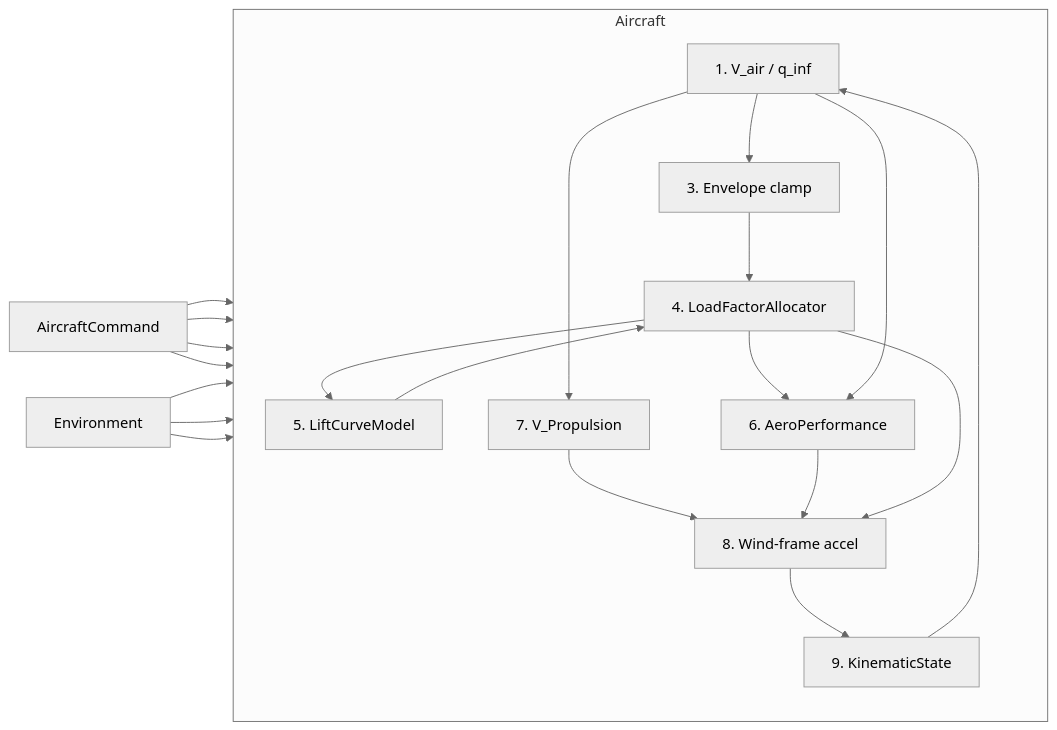
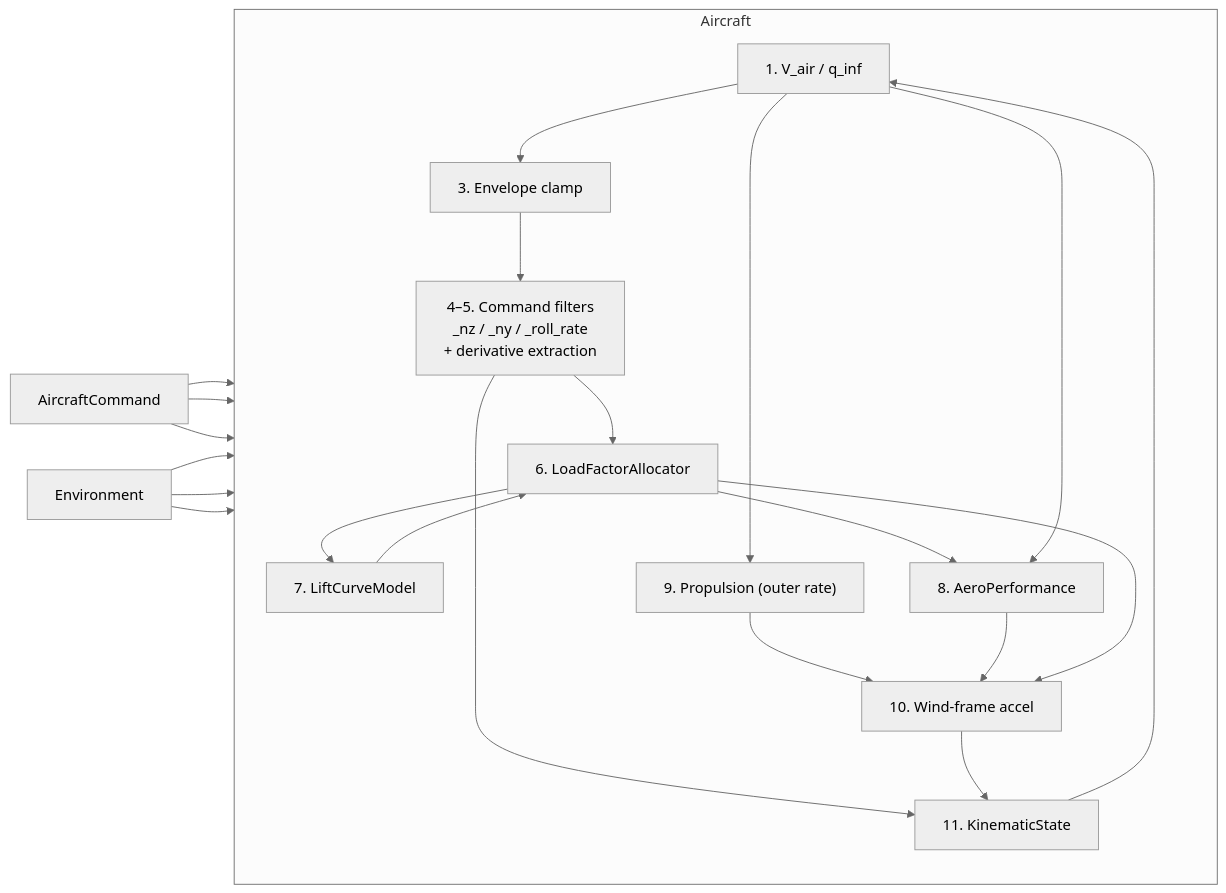
One commit to yJjDoAZuae/LiteAeroSim changed the third of 4 diagrams in docs/architecture/aircraft.md. Above: the diagram before and after it, drawn with Mermaid (neutral theme). The commit also changed other lines of this file and 17 other files, not shown here.

Commit message:
fixes to LoadFactorAllocator, FBW filters added to Aircraft model with differentiation for alpha dot and beta dot, documentation updated based on present state.

````diff
--- a/docs/architecture/aircraft.md
+++ b/docs/architecture/aircraft.md
@@ -481,37 +663,39 @@
 ```mermaid
 flowchart LR
     CMD["AircraftCommand"]
     ENV["Environment"]
 
     subgraph Aircraft
         direction TB
         VAS["1. V_air / q_inf"]
         ELP["3. Envelope clamp"]
-        LFA["4. LoadFactorAllocator"]
-        LCM["5. LiftCurveModel"]
-        AER["6. AeroPerformance"]
-        PROP["7. V_Propulsion"]
-        ACCEL["8. Wind-frame accel"]
-        KIN["9. KinematicState"]
+        FLT["4–5. Command filters\n_nz / _ny / _roll_rate\n+ derivative extraction"]
+        LFA["6. LoadFactorAllocator"]
+        LCM["7. LiftCurveModel"]
+        AER["8. AeroPerformance"]
+        PROP["9. Propulsion (outer rate)"]
+        ACCEL["10. Wind-frame accel"]
+        KIN["11. KinematicState"]
     end
 
     CMD --> VAS
     ENV --> VAS
     VAS --> ELP
     CMD --> ELP
-    ELP --> LFA
+    ELP --> FLT
+    FLT --> LFA
     LFA --> LCM
     LCM --> LFA
     LFA --> AER
     VAS --> AER
     VAS --> PROP
     CMD --> PROP
     ENV --> PROP
     PROP --> ACCEL
     AER --> ACCEL
     LFA --> ACCEL
+    FLT --> KIN
     ACCEL --> KIN
-    CMD --> KIN
     ENV --> KIN
     KIN --> VAS
 ```
````
